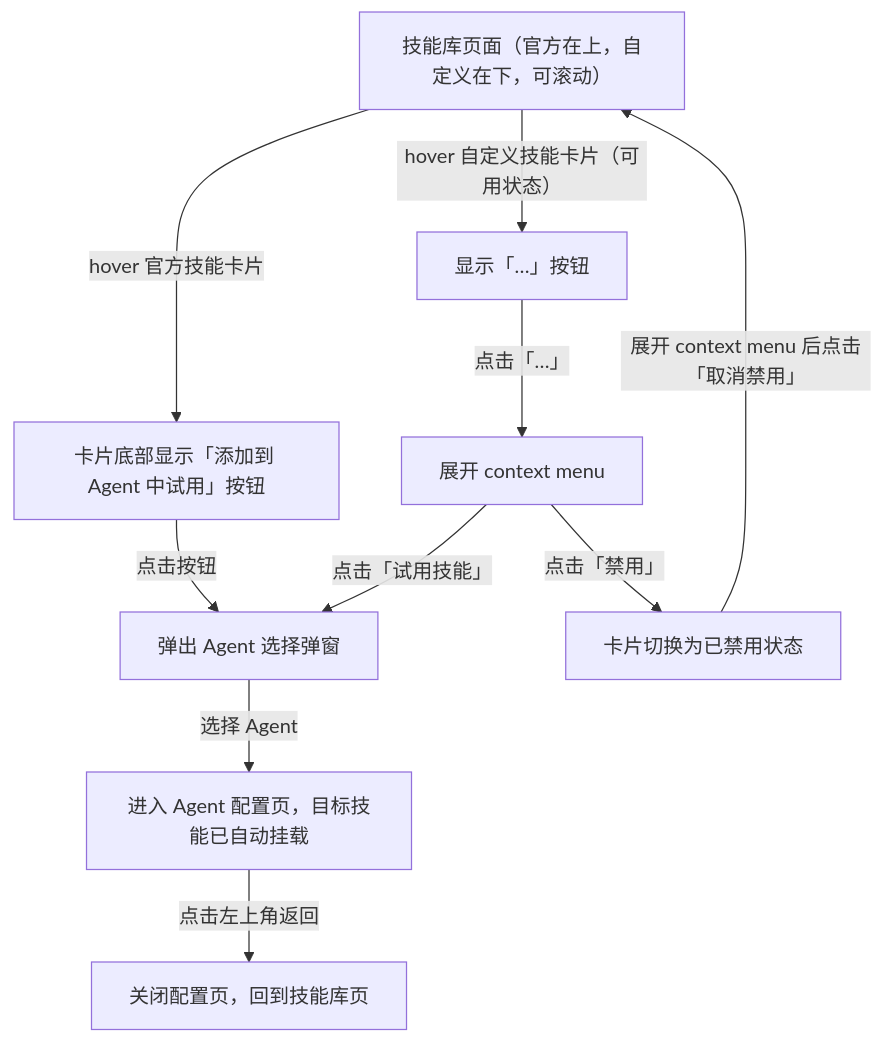
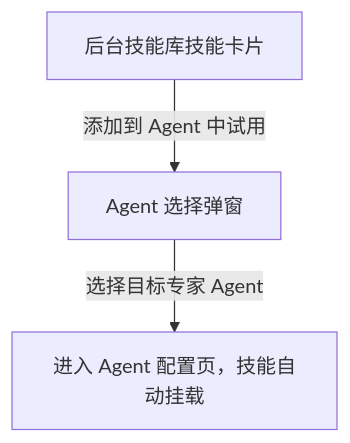
Before and after one commit to zui-luo/dorauxdemo: the ninth of 9 diagrams in custom-skill-entry/interaction-spec.md, drawn with Mermaid. The commit also changed other lines of this file and 14 other files, not shown here.

````diff
--- a/custom-skill-entry/interaction-spec.md
+++ b/custom-skill-entry/interaction-spec.md
@@ -153,12 +139,5 @@
 ```mermaid
 flowchart TD
-    A["技能库页面（官方在上，自定义在下，可滚动）"] -->|hover 官方技能卡片| C["卡片底部显示「添加到 Agent 中试用」按钮"]
-    A -->|hover 自定义技能卡片（可用状态）| D["显示「…」按钮"]
-    D -->|点击「…」| E["展开 context menu"]
-    E -->|点击「试用技能」| F["弹出 Agent 选择弹窗"]
-    E -->|点击「禁用」| G["卡片切换为已禁用状态"]
-    G -->|展开 context menu 后点击「取消禁用」| A
-    C -->|点击按钮| F
-    F -->|选择 Agent| H["进入 Agent 配置页，目标技能已自动挂载"]
-    H -->|点击左上角返回| I["关闭配置页，回到技能库页"]
+    A["后台技能库技能卡片"] -->|添加到 Agent 中试用| B["Agent 选择弹窗"]
+    B -->|选择目标专家 Agent| C["进入 Agent 配置页，技能自动挂载"]
 ```
````
